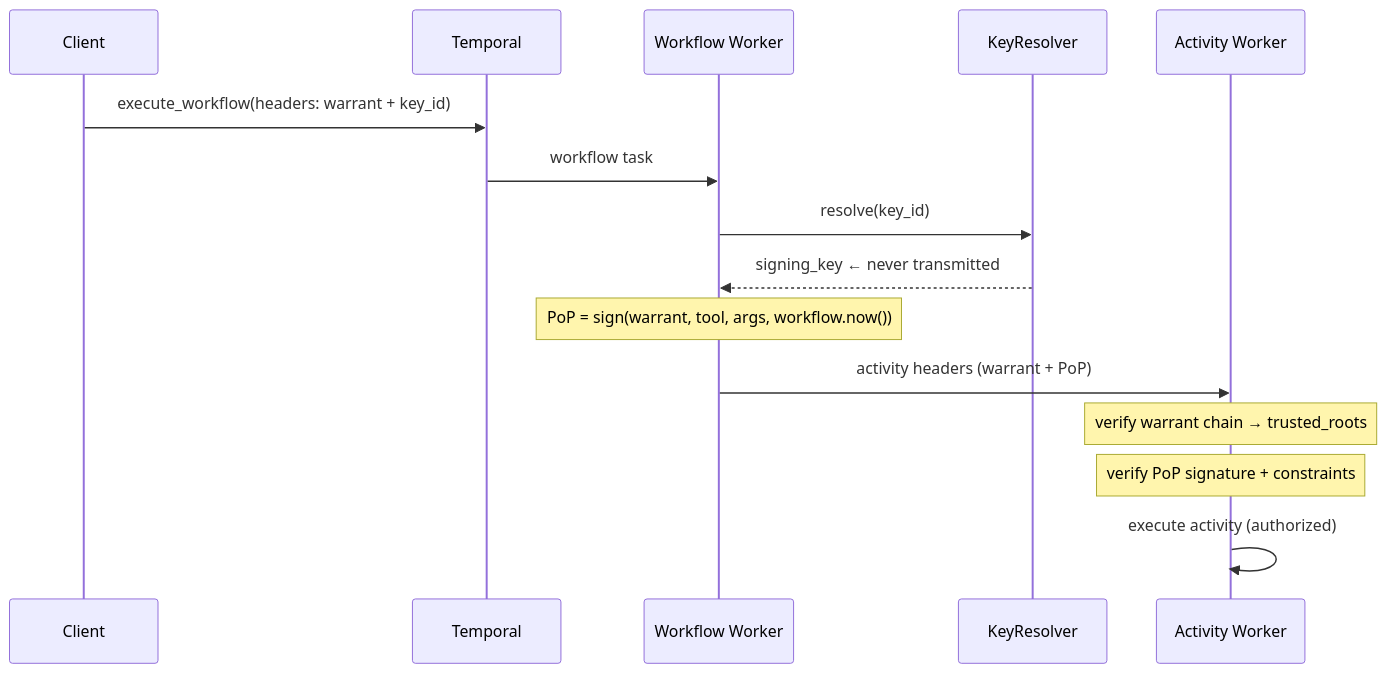
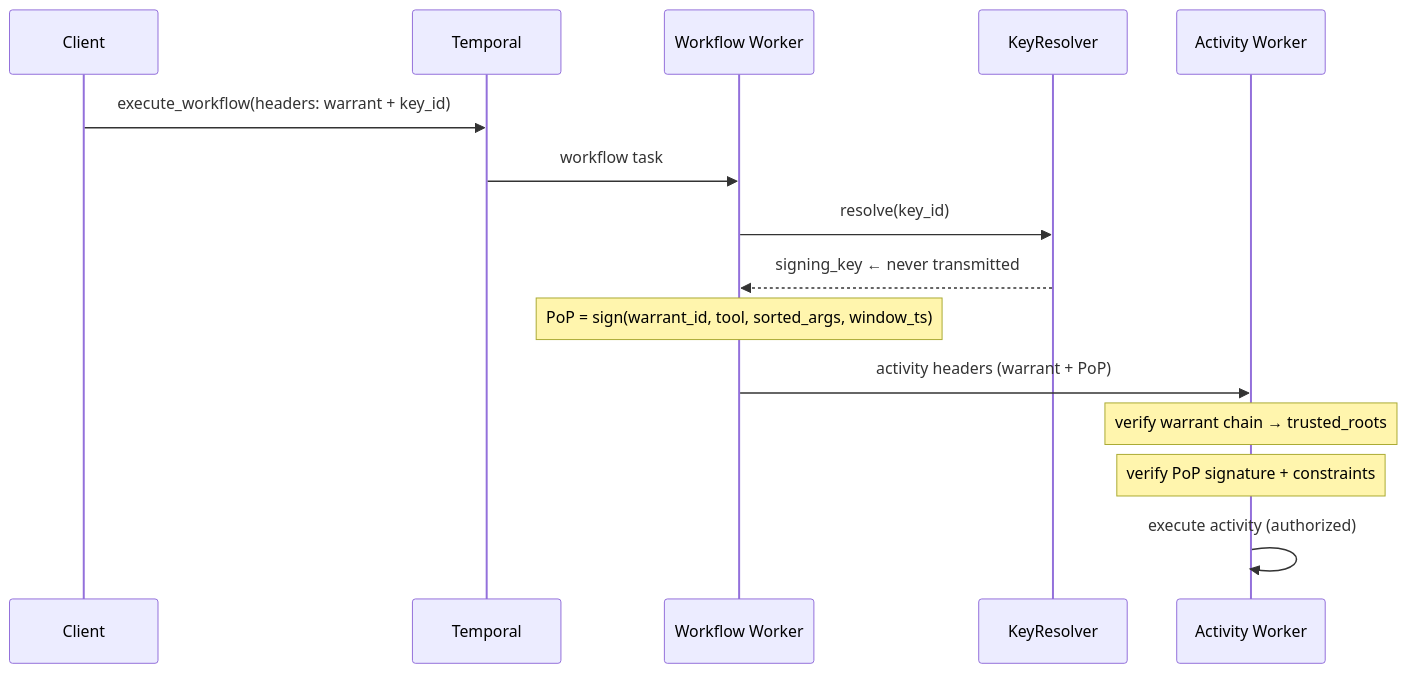
The diagram in docs/temporal.md (tenuo-ai/tenuo), drawn with Mermaid before and after one commit. The commit also changed other lines of this file, not shown here.

````diff
--- a/docs/temporal.md
+++ b/docs/temporal.md
@@ -331,18 +332,18 @@
 ```mermaid
 sequenceDiagram
     participant C as Client
     participant T as Temporal
     participant WW as Workflow Worker
     participant KR as KeyResolver
     participant AW as Activity Worker
 
     C->>T: execute_workflow(headers: warrant + key_id)
     T->>WW: workflow task
     WW->>KR: resolve(key_id)
     KR-->>WW: signing_key  ← never transmitted
-    Note over WW: PoP = sign(warrant, tool, args, workflow.now())
+    Note over WW: PoP = sign(warrant_id, tool, sorted_args, window_ts)
     WW->>AW: activity headers (warrant + PoP)
     Note over AW: verify warrant chain → trusted_roots
     Note over AW: verify PoP signature + constraints
     AW->>AW: execute activity (authorized)
 ```
````
